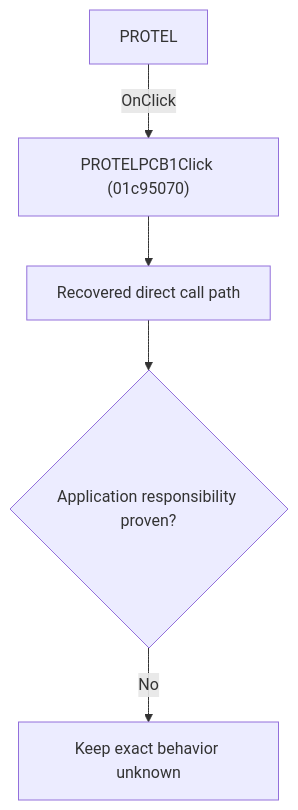
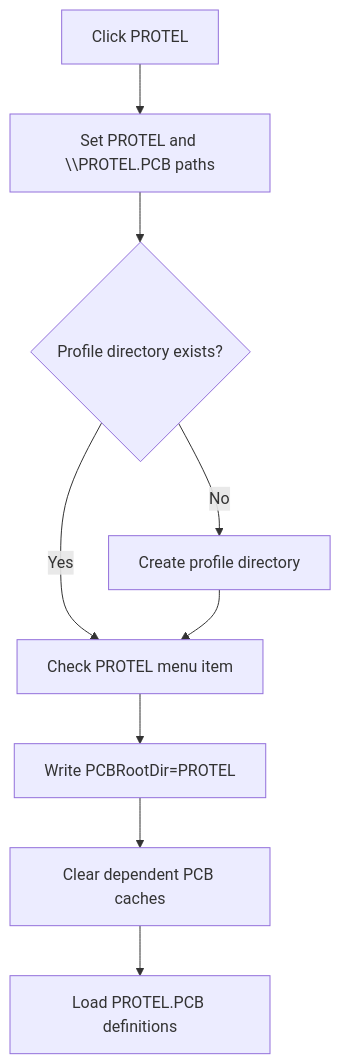
The diagram in docs/ui-controls/schematiceditor/protelpcb1-ad430d78d1.md (MovGP0/TIARA), drawn with Mermaid before and after one commit. The commit also changed other lines of this file and 241 other files, not shown here.

````diff
--- a/docs/ui-controls/schematiceditor/protelpcb1-ad430d78d1.md
+++ b/docs/ui-controls/schematiceditor/protelpcb1-ad430d78d1.md
@@ -27,7 +27,11 @@
 ```mermaid
 flowchart TD
-    control["PROTEL"] -->|"OnClick"| handler["PROTELPCB1Click (01c95070)"]
-    handler --> recovered["Recovered direct call path"]
-    recovered --> gap{"Application responsibility proven?"}
-    gap -->|"No"| blocked["Keep exact behavior unknown"]
+    control["Click PROTEL"] --> profile["Set PROTEL and \\PROTEL.PCB paths"]
+    profile --> exists{"Profile directory exists?"}
+    exists -->|"No"| create["Create profile directory"]
+    exists -->|"Yes"| check["Check PROTEL menu item"]
+    create --> check
+    check --> persist["Write PCBRootDir=PROTEL"]
+    persist --> reset["Clear dependent PCB caches"]
+    reset --> load["Load PROTEL.PCB definitions"]
 ```
````
